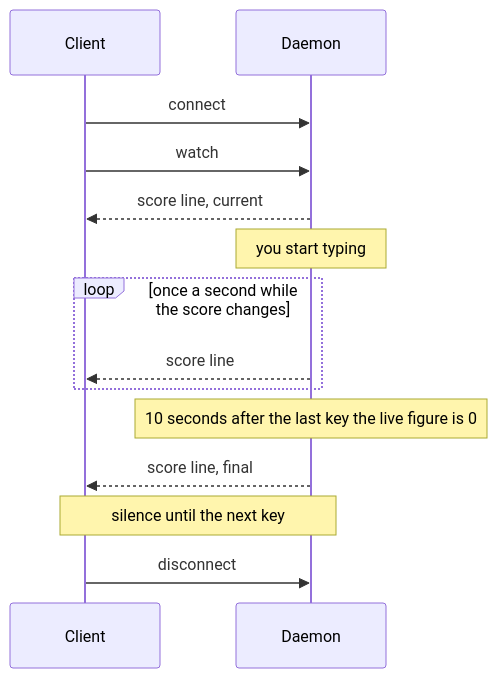
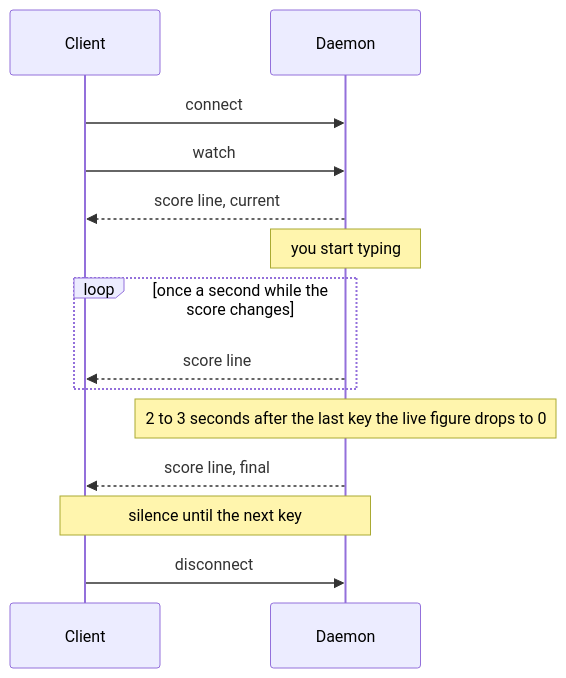
The second of 2 diagrams in docs/protocol.md (MrRooby/crusty-fingers), drawn with Mermaid before and after one commit. The commit also changed other lines of this file and 6 other files, not shown here.

Commit message:
Drop live WPM to zero after a pause instead of decaying

````diff
--- a/docs/protocol.md
+++ b/docs/protocol.md
@@ -57,17 +57,17 @@
 ```mermaid
 sequenceDiagram
     participant C as Client
     participant D as Daemon
 
     C->>D: connect
     C->>D: watch
     D-->>C: score line, current
     Note over D: you start typing
     loop once a second while the score changes
         D-->>C: score line
     end
-    Note over D: 10 seconds after the last key the live figure is 0
+    Note over D: 2 to 3 seconds after the last key the live figure drops to 0
     D-->>C: score line, final
     Note over C,D: silence until the next key
     C->>D: disconnect
 ```
````
